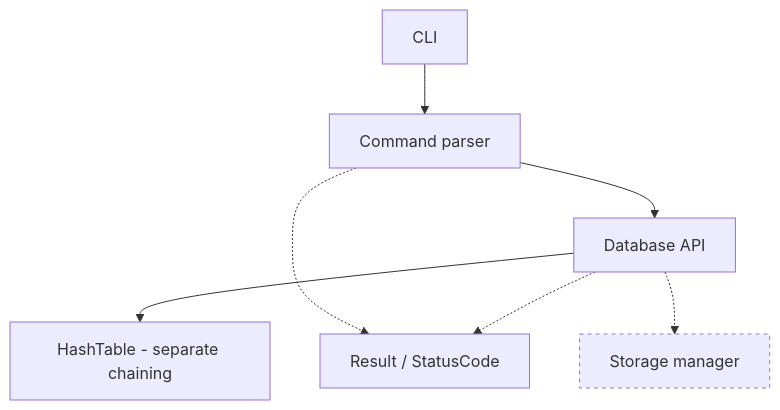
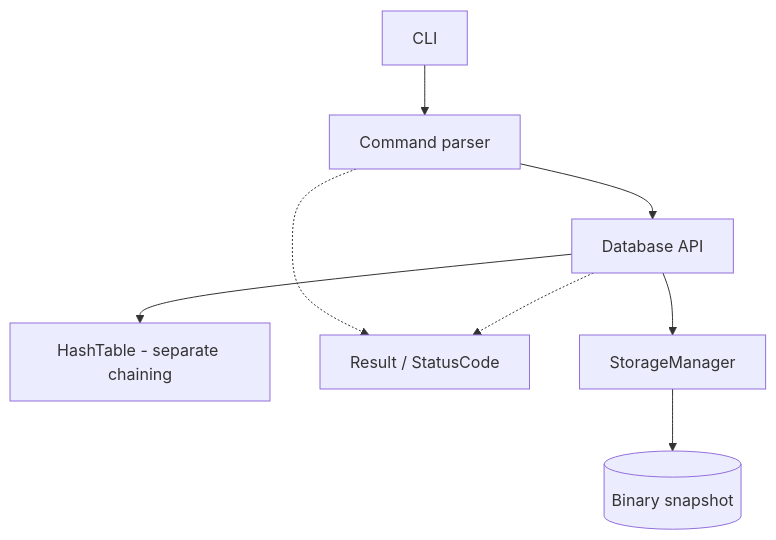
The diagram in README.md (Aarya801/MiniDB), drawn with Mermaid before and after one commit. The commit also changed other lines of this file and 14 other files, not shown here.

Commit message:
feat: add persistent snapshot storage

````diff
--- a/README.md
+++ b/README.md
@@ -127,14 +182,14 @@
 ```mermaid
 flowchart TD
     CLI[CLI] --> Parser[Command parser]
     Parser --> Database[Database API]
     Database --> HashTable[HashTable - separate chaining]
 
     Parser -.-> Result[Result / StatusCode]
     Database -.-> Result
 
-    Storage[Storage manager]:::planned
-    Database -.-> Storage
+    Database --> Storage[StorageManager]
+    Storage --> Snapshot[(Binary snapshot)]
 
     classDef planned stroke-dasharray: 4 4
 ```
````
